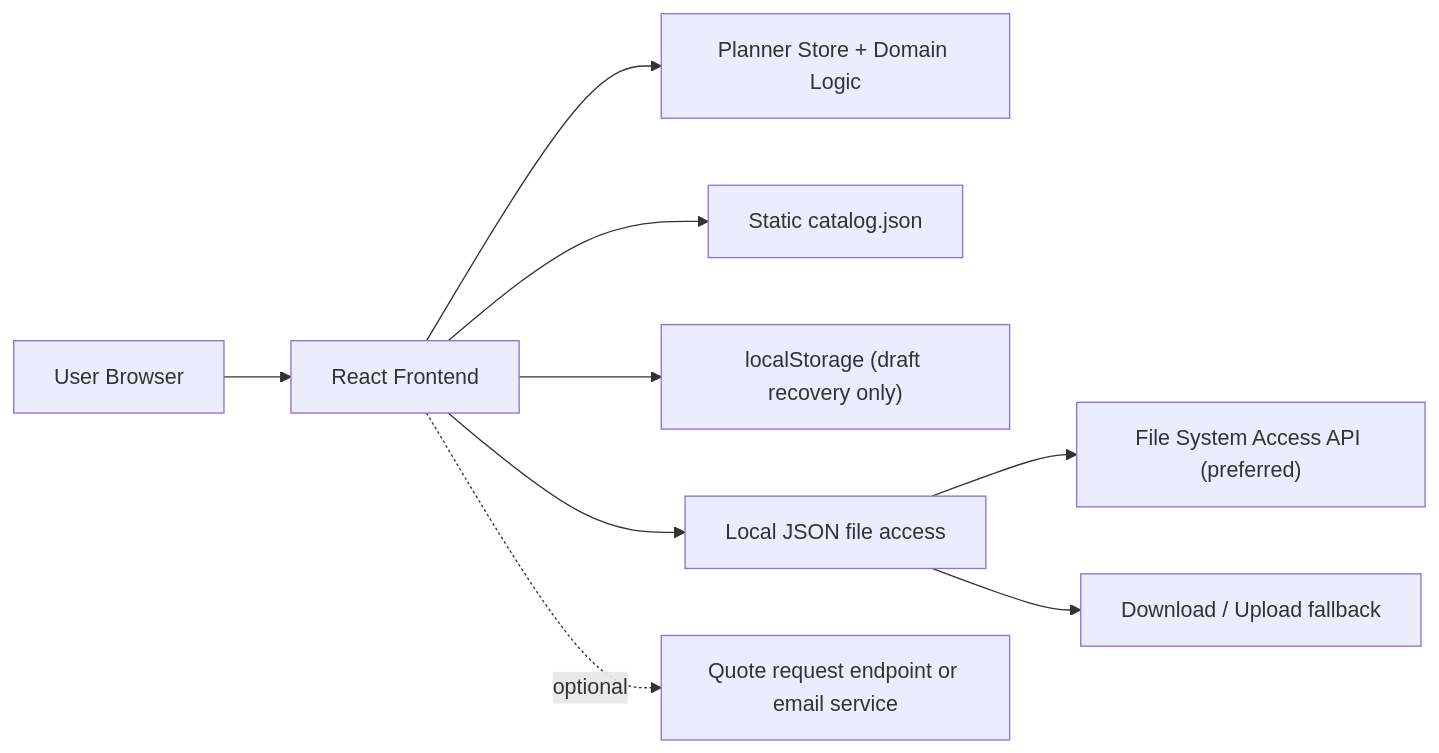
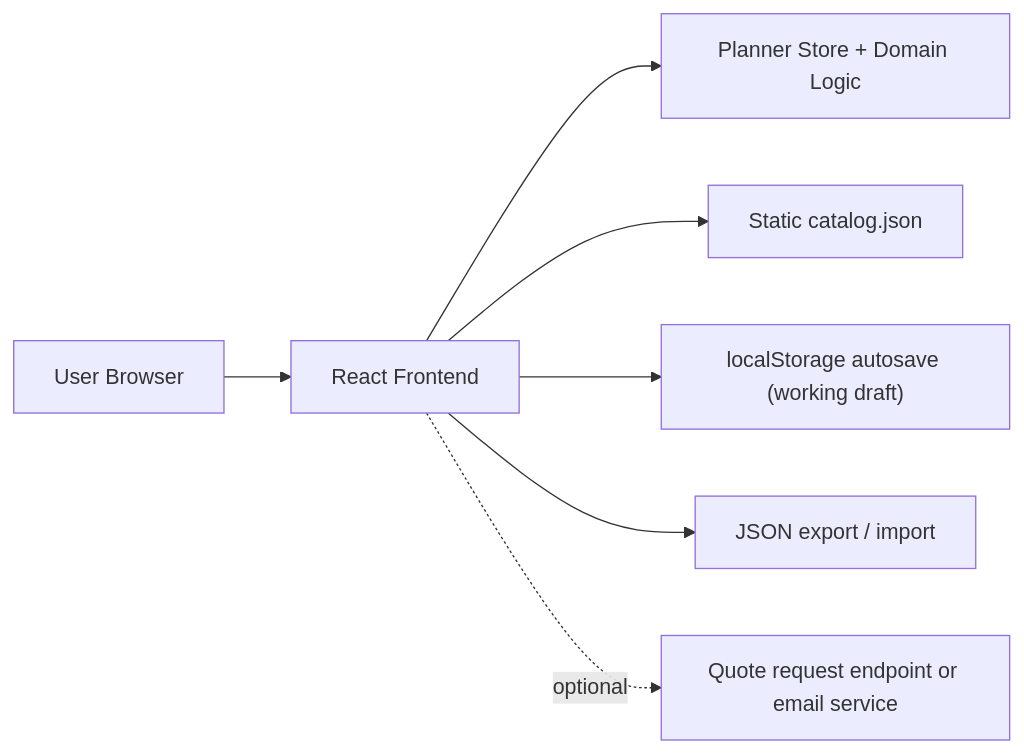
Before and after one commit to Anastasiya-ZhyrkevichC/room-visualizer: the diagram in mds/architecture-plan.md, drawn with Mermaid. The commit also changed other lines of this file and 2 other files, not shown here.

Commit message:
Autosave in browser

````diff
--- a/mds/architecture-plan.md
+++ b/mds/architecture-plan.md
@@ -26,11 +26,9 @@
 ```mermaid
 flowchart LR
   U["User Browser"] --> FE["React Frontend"]
   FE --> STATE["Planner Store + Domain Logic"]
   FE --> CATALOG["Static catalog.json"]
-  FE --> DRAFT["localStorage (draft recovery only)"]
-  FE --> FILES["Local JSON file access"]
-  FILES --> FSAPI["File System Access API (preferred)"]
-  FILES --> FALLBACK["Download / Upload fallback"]
+  FE --> DRAFT["localStorage autosave (working draft)"]
+  FE --> FILES["JSON export / import"]
   FE -. optional .-> QUOTE["Quote request endpoint or email service"]
 ```
````
